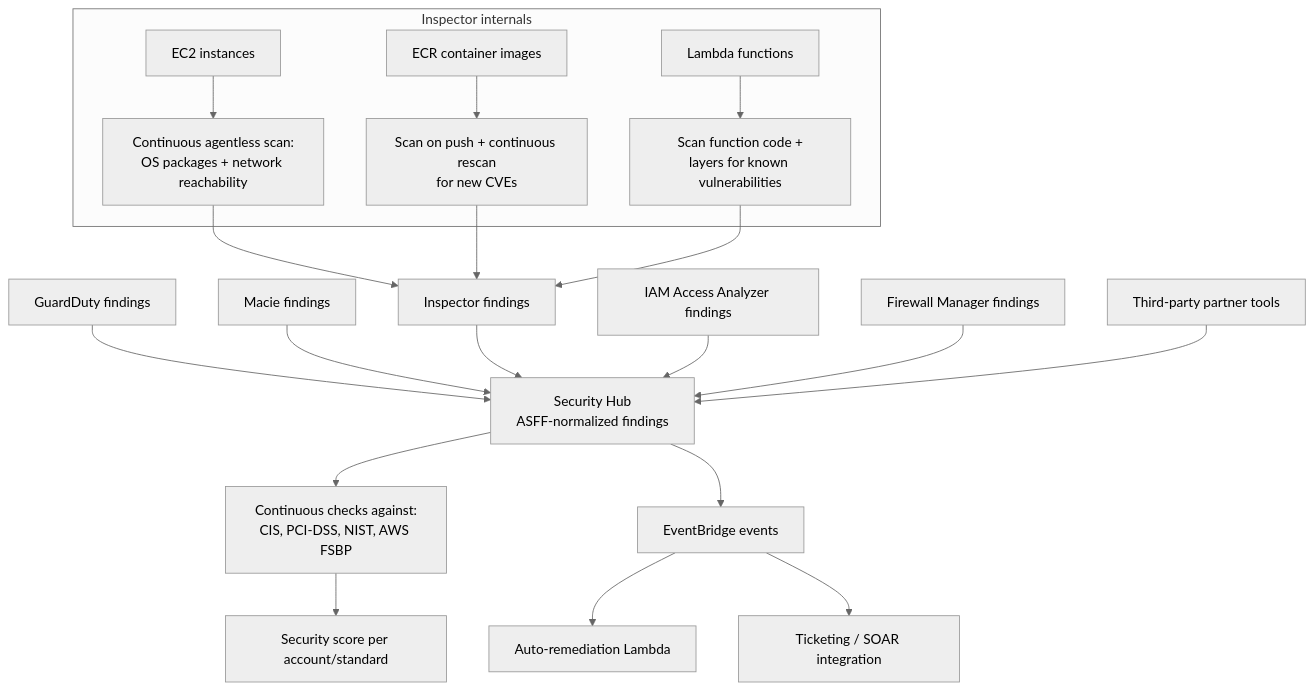
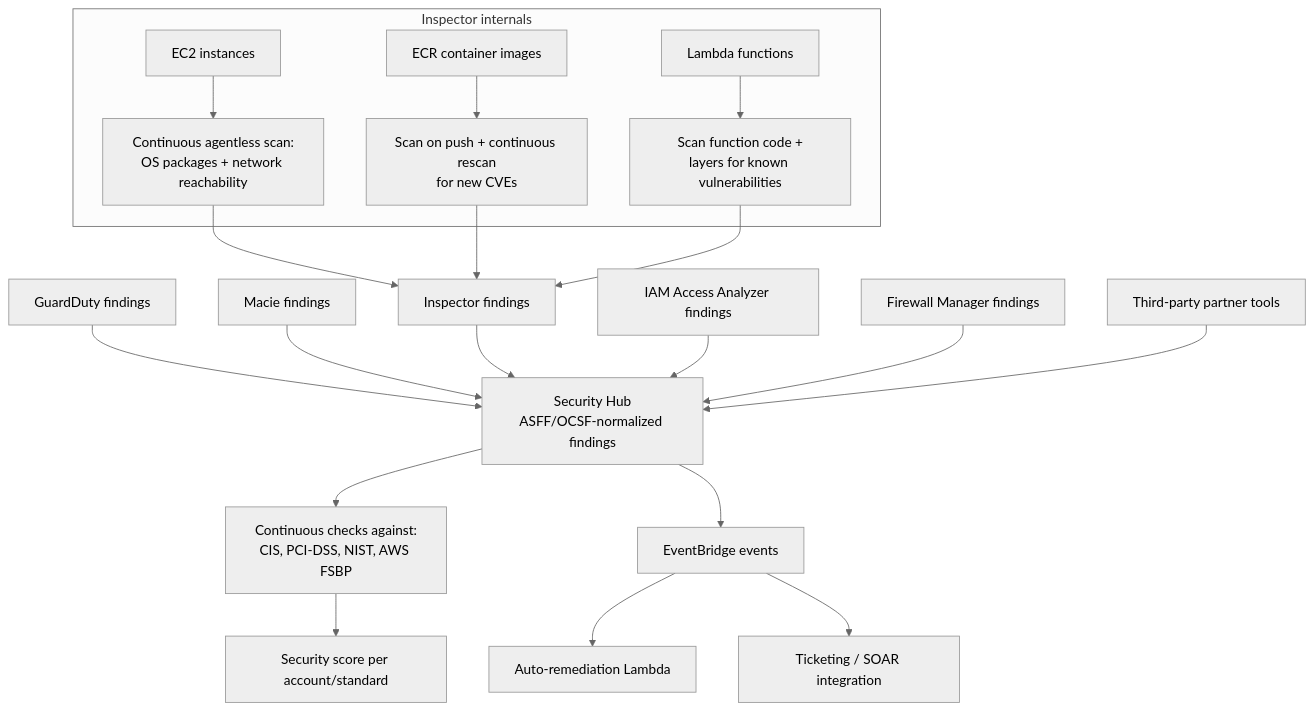
Before and after one commit to pabilandokarenpv/AWS: the first of 7 diagrams in services/security-identity-compliance/security-hub-and-inspector.md, drawn with Mermaid (neutral theme). The commit also changed other lines of this file and 92 other files, not shown here.

Commit message:
Deep-expand compute, storage, database, networking, security/IAM docs: 2-3x longer, real AWS images, more diagrams, limits/troubleshooting/further-reading sections

````diff
--- a/services/security-identity-compliance/security-hub-and-inspector.md
+++ b/services/security-identity-compliance/security-hub-and-inspector.md
@@ -31,23 +32,23 @@
 ```mermaid
 flowchart TD
-    GD[GuardDuty findings] --> SH[Security Hub\nASFF-normalized findings]
+    GD[GuardDuty findings] --> SH[Security Hub\nASFF/OCSF-normalized findings]
     MC[Macie findings] --> SH
     IN[Inspector findings] --> SH
     IAMAA[IAM Access Analyzer findings] --> SH
     FM[Firewall Manager findings] --> SH
     TP[Third-party partner tools] --> SH
     SH --> Standards[Continuous checks against:\nCIS, PCI-DSS, NIST, AWS FSBP]
     Standards --> Score[Security score per account/standard]
     SH --> EB[EventBridge events]
     EB --> Lambda[Auto-remediation Lambda]
     EB --> Ticket[Ticketing / SOAR integration]
 
     subgraph Inspector internals
     EC2[EC2 instances] --> Scan[Continuous agentless scan:\nOS packages + network reachability]
     ECR[ECR container images] --> Scan2[Scan on push + continuous rescan\nfor new CVEs]
     Lam[Lambda functions] --> Scan3[Scan function code +\nlayers for known vulnerabilities]
     end
     Scan --> IN
     Scan2 --> IN
     Scan3 --> IN
 ```
````
